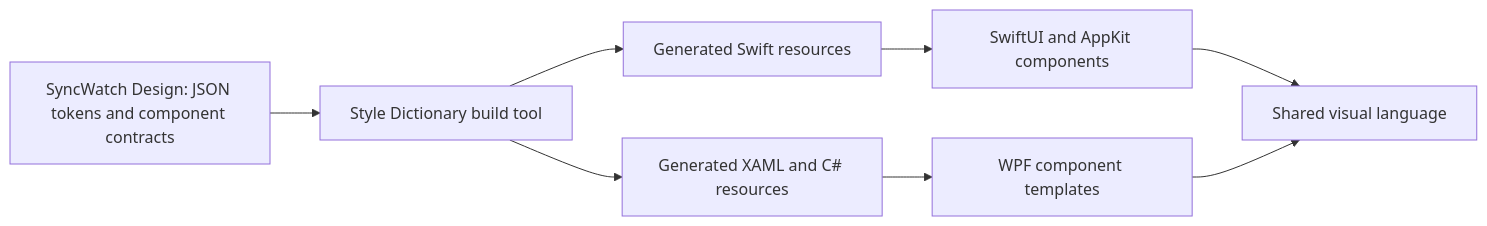
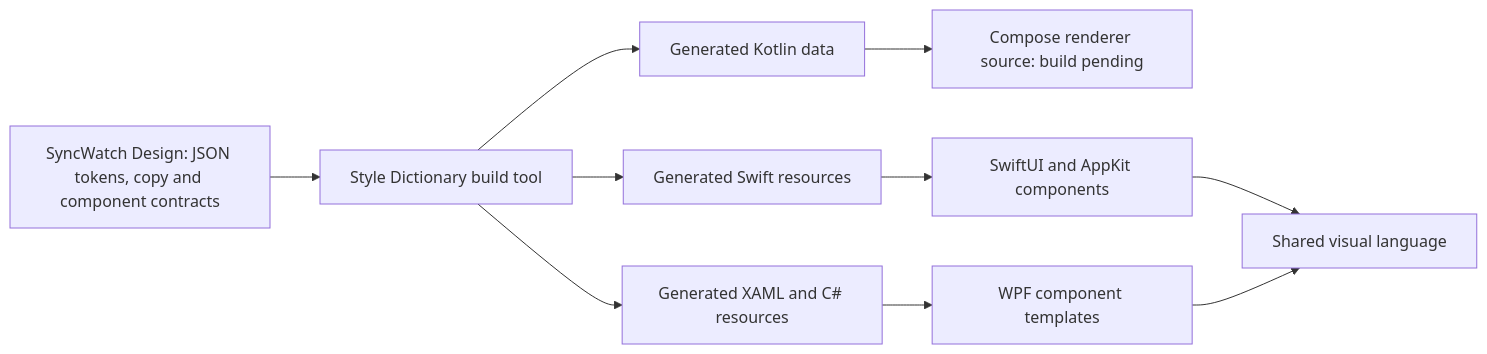
The diagram in docs/architecture/design-system.md (allnes/syncwatch-2), drawn with Mermaid before and after one commit. The commit also changed other lines of this file and 37 other files, not shown here.

````diff
--- a/docs/architecture/design-system.md
+++ b/docs/architecture/design-system.md
@@ -5,10 +5,12 @@
 ```mermaid
 flowchart LR
-    D[SyncWatch Design: JSON tokens and component contracts] --> S[Style Dictionary build tool]
+    D[SyncWatch Design: JSON tokens, copy and component contracts] --> S[Style Dictionary build tool]
     S --> A[Generated Swift resources]
     S --> W[Generated XAML and C# resources]
+    S --> K[Generated Kotlin data]
+    K --> L[Compose renderer source: build pending]
     A --> N[SwiftUI and AppKit components]
     W --> C[WPF component templates]
     N --> V[Shared visual language]
     C --> V
 ```
````
